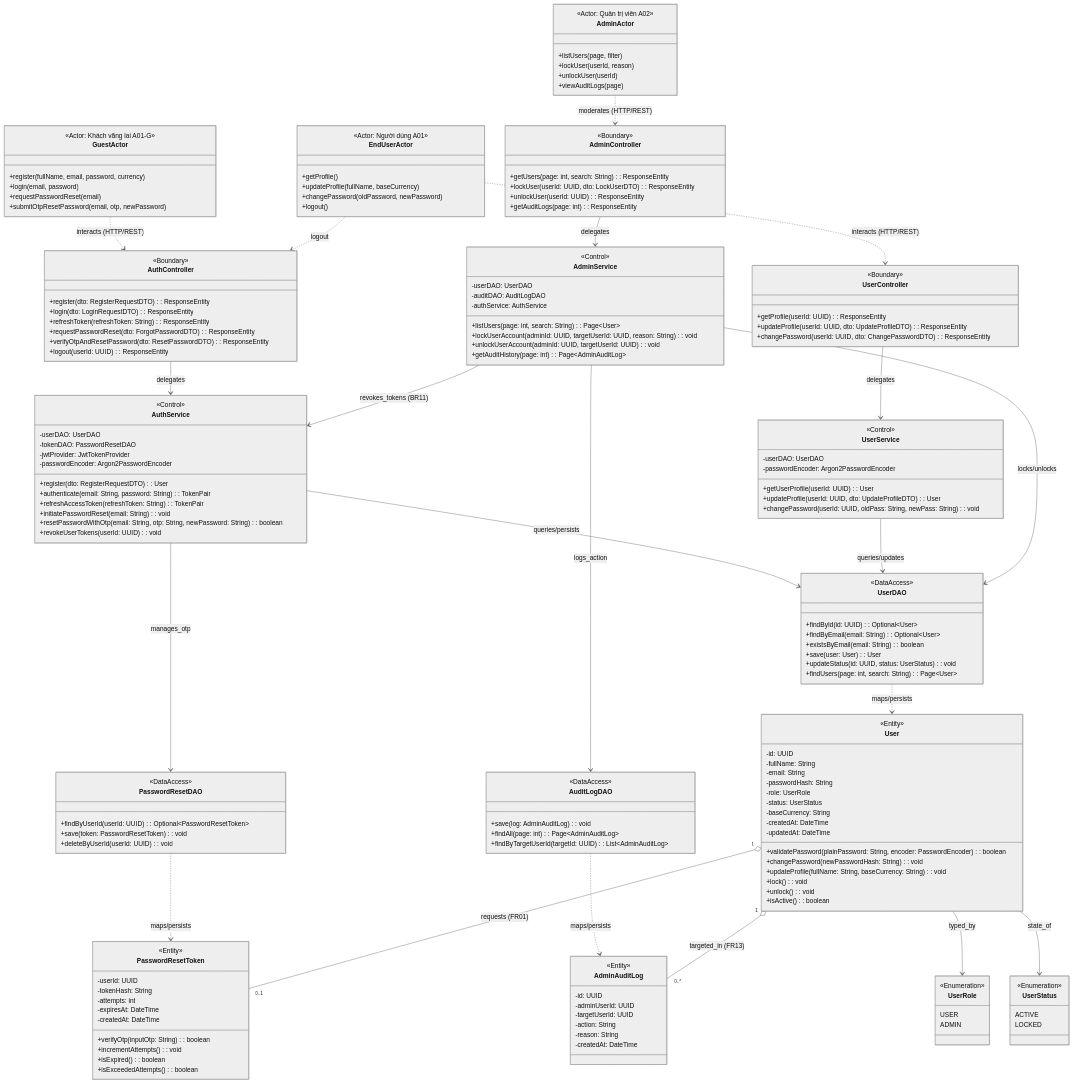
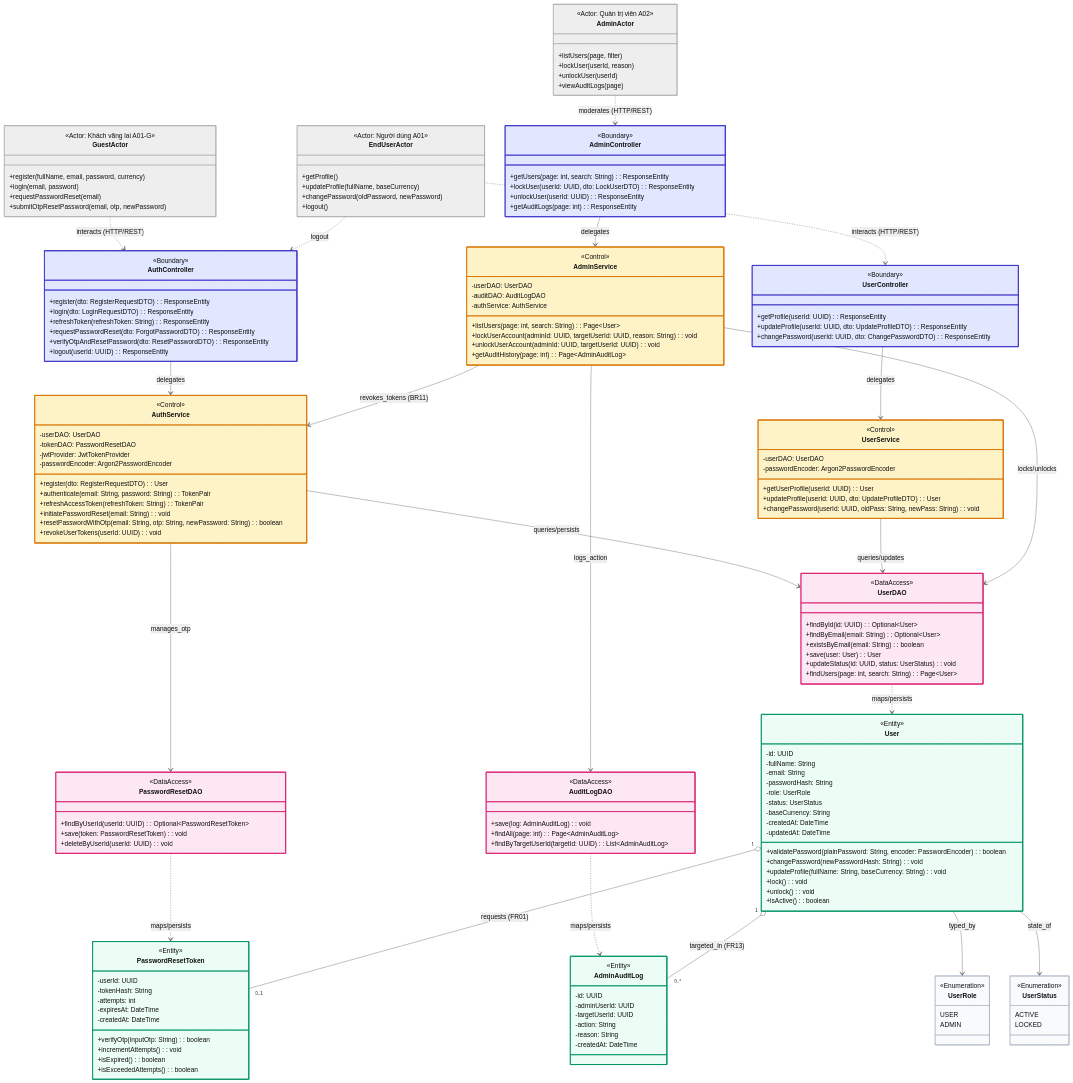
One commit to huytothevoz/SE---Microfinance-Personal-Wealth-Expense-Tracker changed the diagram in docs/02_elaboration/uml_modeling/class_diagram/sources/cd01_identity_access.mmd. Above: the diagram before and after it, drawn with Mermaid (neutral theme). The commit also changed 9 other files, not shown here.

Commit message:
docs(uml): apply uniform BCE+D color palette and styles to CD01-CD05

```diff
--- a/docs/02_elaboration/uml_modeling/class_diagram/sources/cd01_identity_access.mmd
+++ b/docs/02_elaboration/uml_modeling/class_diagram/sources/cd01_identity_access.mmd
@@ -211,3 +211,21 @@
     User "1" o-- "0..*" AdminAuditLog : targeted_in (FR13)
     User --> UserRole : typed_by
     User --> UserStatus : state_of
+
+    %% ==========================================
+    %% STYLES & HIGHLIGHTS (BCE+D Color Palette)
+    %% ==========================================
+    style AuthController fill:#E0E7FF,stroke:#4338CA,stroke-width:2px
+    style UserController fill:#E0E7FF,stroke:#4338CA,stroke-width:2px
+    style AdminController fill:#E0E7FF,stroke:#4338CA,stroke-width:2px
+    style AuthService fill:#FEF3C7,stroke:#D97706,stroke-width:2px
+    style UserService fill:#FEF3C7,stroke:#D97706,stroke-width:2px
+    style AdminService fill:#FEF3C7,stroke:#D97706,stroke-width:2px
+    style UserDAO fill:#FCE7F3,stroke:#DB2777,stroke-width:2px
+    style PasswordResetDAO fill:#FCE7F3,stroke:#DB2777,stroke-width:2px
+    style AuditLogDAO fill:#FCE7F3,stroke:#DB2777,stroke-width:2px
+    style User fill:#ECFDF5,stroke:#059669,stroke-width:2px
+    style PasswordResetToken fill:#ECFDF5,stroke:#059669,stroke-width:2px
+    style AdminAuditLog fill:#ECFDF5,stroke:#059669,stroke-width:2px
+    style UserRole fill:#F8FAFC,stroke:#94A3B8,stroke-width:1px
+    style UserStatus fill:#F8FAFC,stroke:#94A3B8,stroke-width:1px
```
